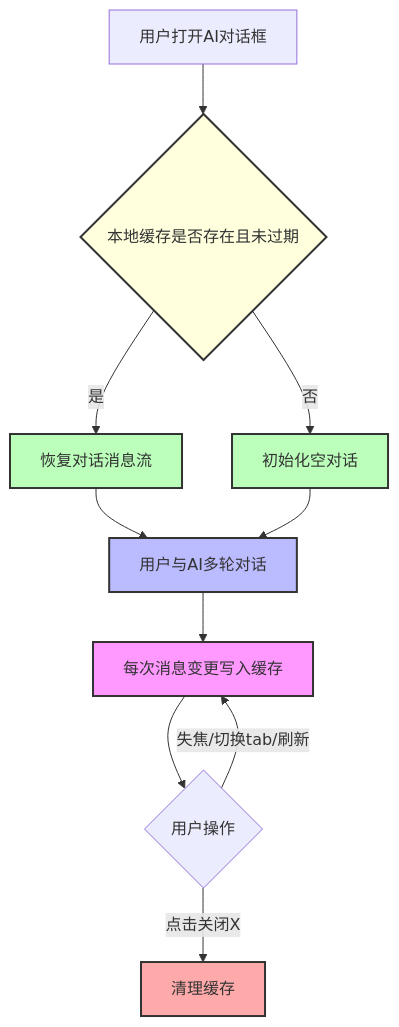
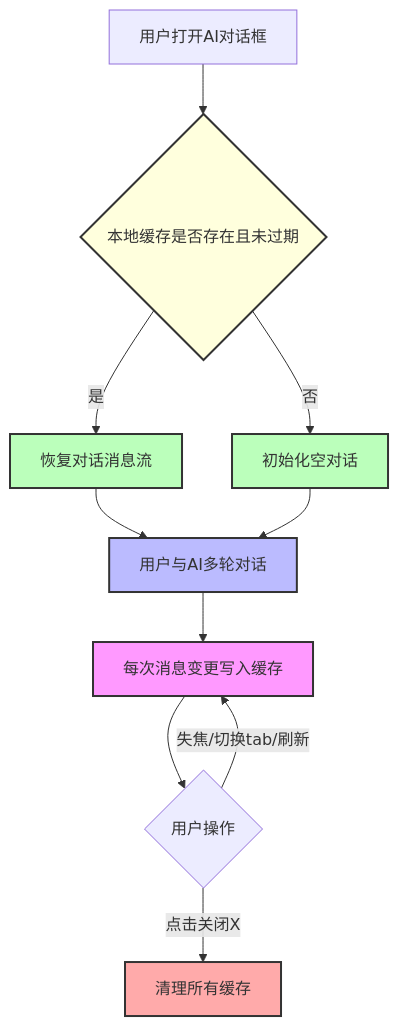
One commit to PowerZCY/newspaper_template changed the fifth of 5 diagrams in docs/ai-edit.md. Above: the diagram before and after it, drawn with Mermaid. The commit also changed other lines of this file and 1 other file, not shown here.

````diff
--- a/docs/ai-edit.md
+++ b/docs/ai-edit.md
@@ -422,17 +425,17 @@
 ```mermaid
 graph TD
   A[用户打开AI对话框] --> B{本地缓存是否存在且未过期}
   B -- 是 --> C[恢复对话消息流]
   B -- 否 --> D[初始化空对话]
   C & D --> E[用户与AI多轮对话]
   E --> F[每次消息变更写入缓存]
   F --> G{用户操作}
   G -- 失焦/切换tab/刷新 --> F
-  G -- 点击关闭X --> H[清理缓存]
+  G -- 点击关闭X --> H[清理所有缓存]
   style B fill:#ffd,stroke:#333,stroke-width:2;
   style C fill:#bfb,stroke:#333,stroke-width:2;
   style D fill:#bfb,stroke:#333,stroke-width:2;
   style E fill:#bbf,stroke:#333,stroke-width:2;
   style F fill:#f9f,stroke:#333,stroke-width:2;
   style H fill:#faa,stroke:#333,stroke-width:2;
 ```
````
